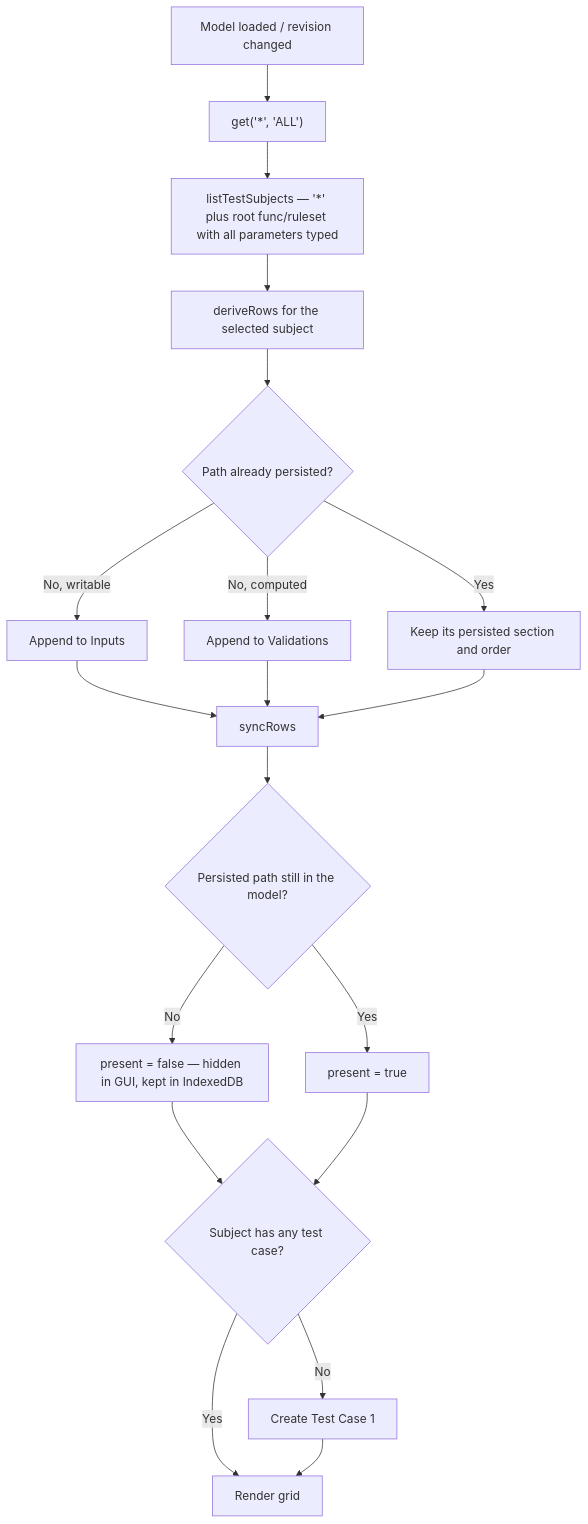
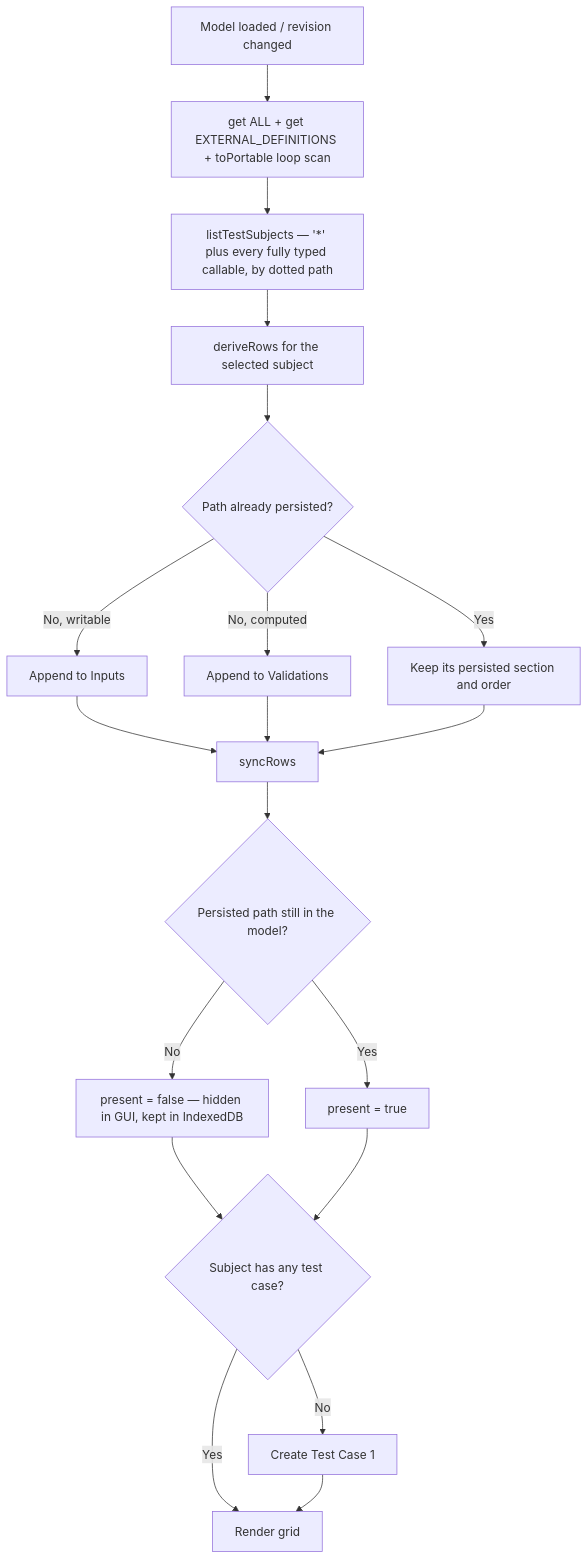
Before and after one commit to rimvydasb/edgerules-react: the fourth of 4 diagrams in docs/TESTS_MANAGER_STORY.md, drawn with Mermaid. The commit also changed other lines of this file and 1 other file, not shown here.

````diff
--- a/docs/TESTS_MANAGER_STORY.md
+++ b/docs/TESTS_MANAGER_STORY.md
@@ -574,21 +714,21 @@
 ```mermaid
 flowchart TD
-    A["Model loaded / revision changed"] --> B["get('*', 'ALL')"]
-    B --> C["listTestSubjects — '*' plus root func/ruleset with all parameters typed"]
+    A["Model loaded / revision changed"] --> B["get ALL + get EXTERNAL_DEFINITIONS + toPortable loop scan"]
+    B --> C["listTestSubjects — '*' plus every fully typed callable, by dotted path"]
     C --> D["deriveRows for the selected subject"]
     D --> E{"Path already persisted?"}
     E -- " No, writable " --> F["Append to Inputs"]
     E -- " No, computed " --> G["Append to Validations"]
     E -- " Yes " --> H["Keep its persisted section and order"]
     F --> I["syncRows"]
     G --> I
     H --> I
     I --> J{"Persisted path still in the model?"}
     J -- " No " --> K["present = false — hidden in GUI, kept in IndexedDB"]
     J -- " Yes " --> L["present = true"]
     K --> M{"Subject has any test case?"}
     L --> M
     M -- " No " --> N["Create Test Case 1"]
     M -- " Yes " --> O["Render grid"]
     N --> O
 ```
````
